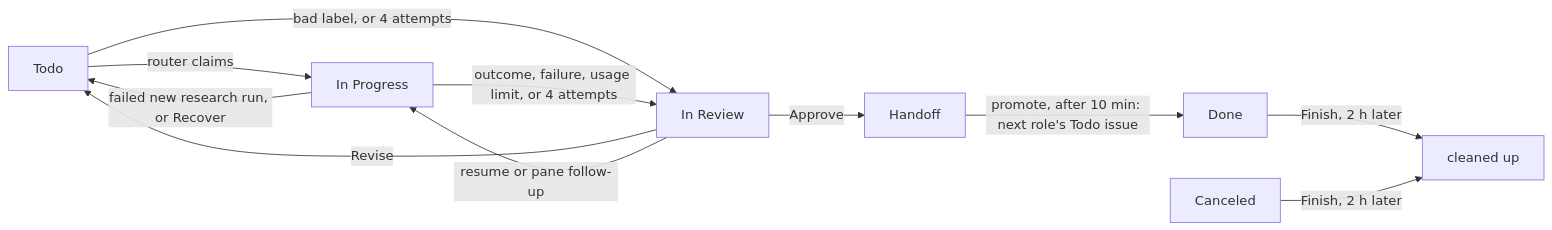
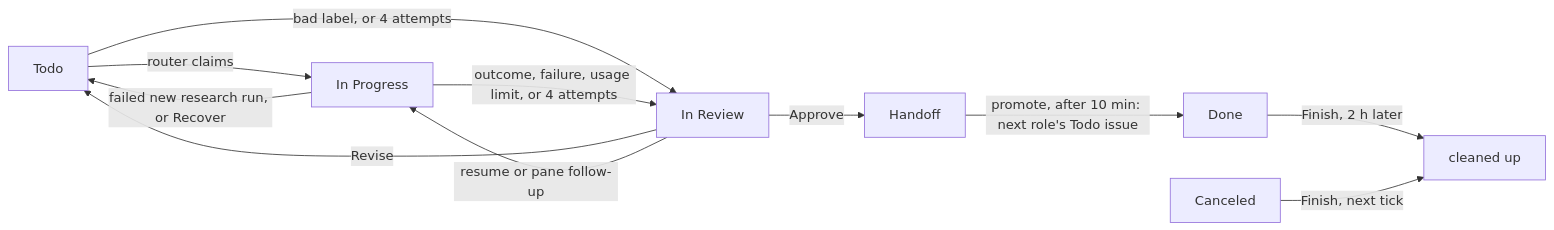
One commit to windroc-labs/ensemble changed the fourth of 4 diagrams in docs/architecture.md. Above: the diagram before and after it, drawn with Mermaid. The commit also changed other lines of this file and 18 other files, not shown here.

First line of the commit message:
WDRC-399: prune: canceled issues cleaned and archived on the next tick; remove runs' Docker workspace volumes (#174)

````diff
--- a/docs/architecture.md
+++ b/docs/architecture.md
@@ -559,12 +559,13 @@
 ```mermaid
 flowchart LR
     T[Todo] -->|router claims| P[In Progress]
     T -->|"bad label, or 4 attempts"| R[In Review]
     P -->|"outcome, failure, usage limit, or 4 attempts"| R
     P -->|"failed new research run, or Recover"| T
     R -->|Approve| H[Handoff]
     R -->|Revise| T
     R -->|"resume or pane follow-up"| P
     H -->|"promote, after 10 min: next role's Todo issue"| D[Done]
-    D & C[Canceled] -->|"Finish, 2 h later"| X[cleaned up]
+    D -->|"Finish, 2 h later"| X[cleaned up]
+    C[Canceled] -->|"Finish, next tick"| X
 ```
````
